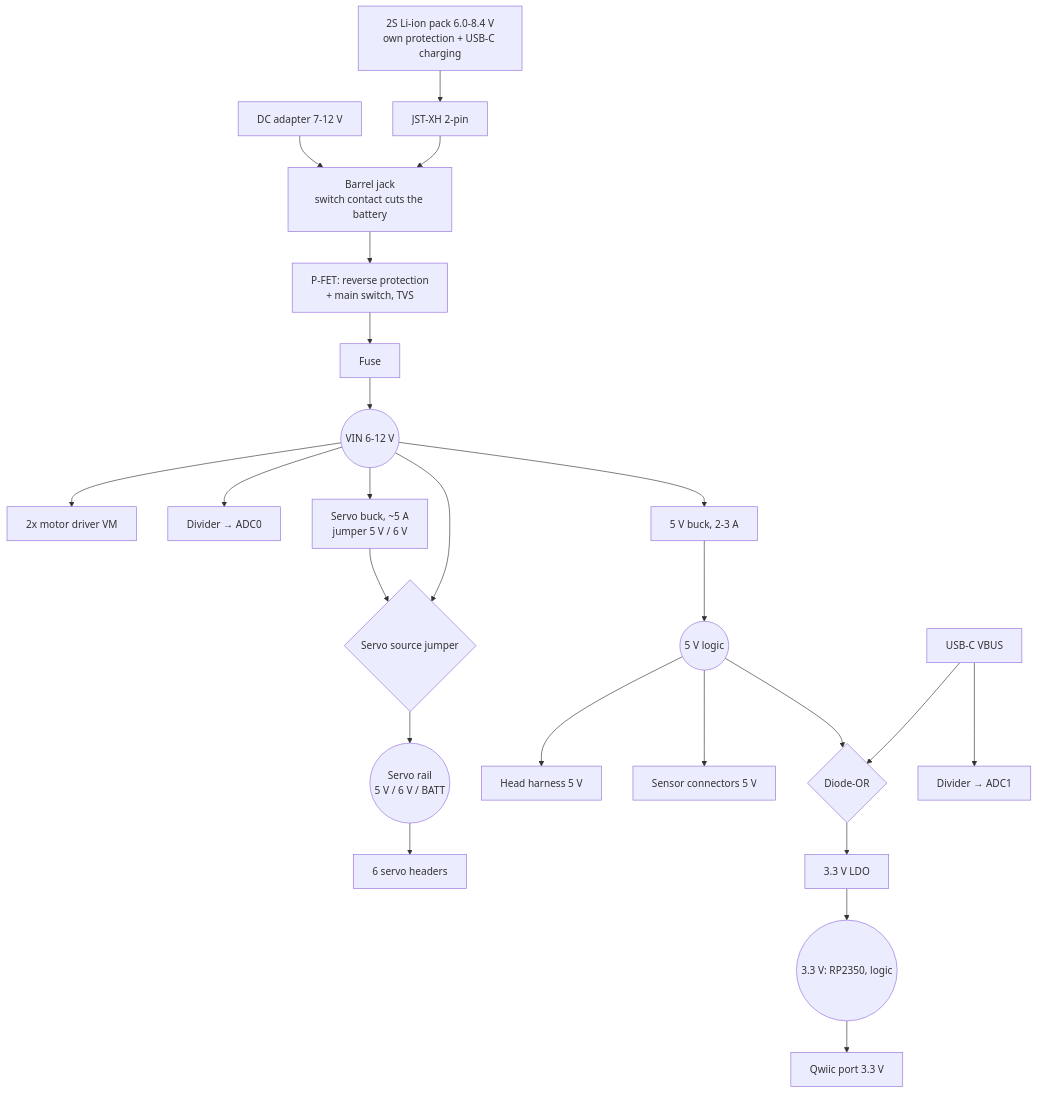
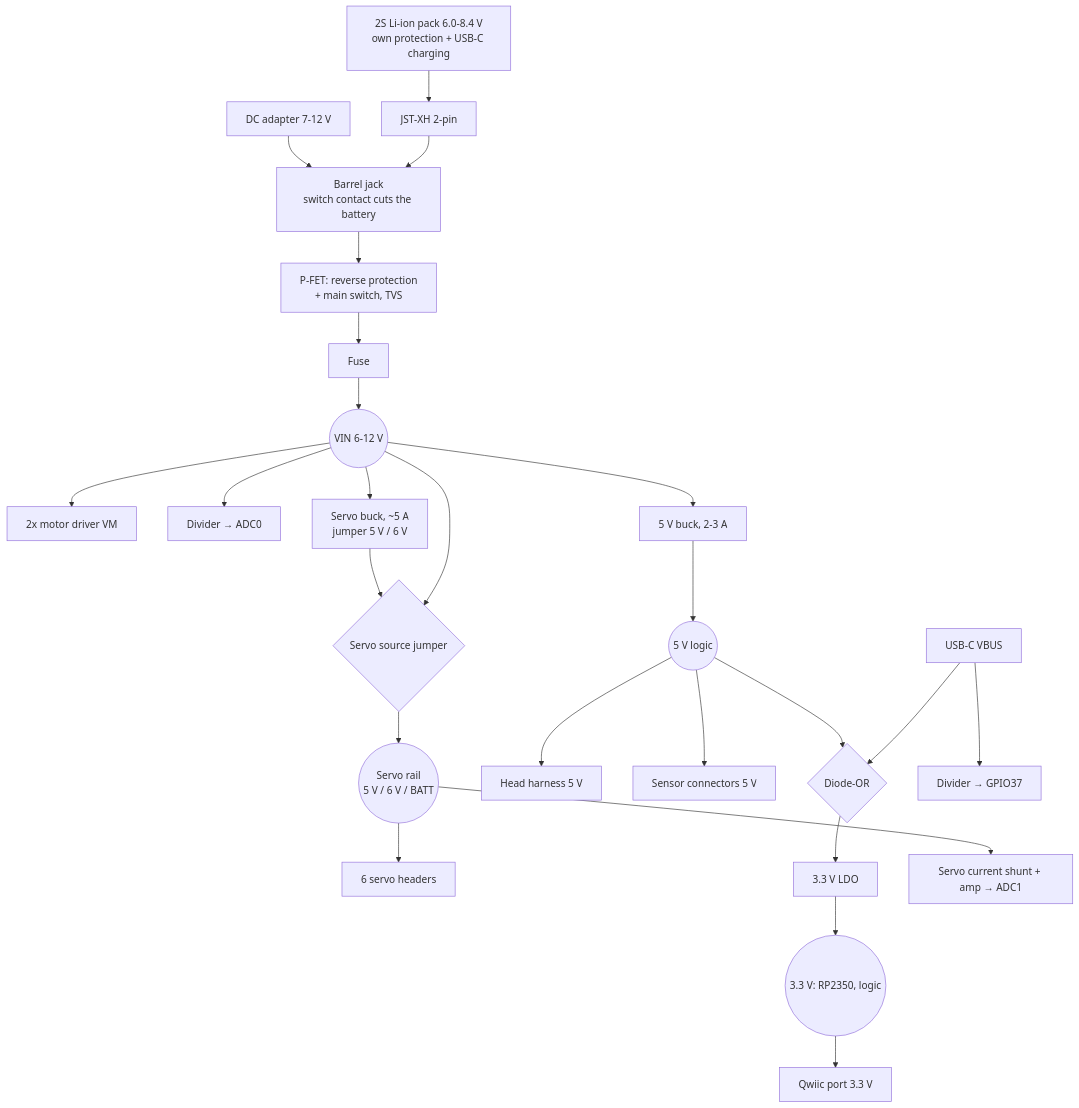
Before and after one commit to mannuray/conqueror: the second of 2 diagrams in docs/superpowers/specs/2026-10-14-06-base-board-design.md, drawn with Mermaid. The commit also changed other lines of this file and 1 other file, not shown here.

Commit message:
docs: spec 06 Rev 1 - the base board made arm-ready: servo feedback on every servo header, servo current sense (design-notes §159)

````diff
--- a/docs/superpowers/specs/2026-10-14-06-base-board-design.md
+++ b/docs/superpowers/specs/2026-10-14-06-base-board-design.md
@@ -124,26 +126,27 @@
 ```mermaid
 flowchart TB
   PACK[2S Li-ion pack 6.0-8.4 V<br/>own protection + USB-C charging] --> CON[JST-XH 2-pin]
   ADP[DC adapter 7-12 V] --> JACK[Barrel jack<br/>switch contact cuts the battery]
   CON --> JACK
   JACK --> RP[P-FET: reverse protection<br/>+ main switch, TVS]
   RP --> FUSE[Fuse]
   FUSE --> VIN((VIN 6-12 V))
   VIN --> MD[2x motor driver VM]
   VIN --> DIV[Divider → ADC0]
   VIN --> BUCK5[5 V buck, 2-3 A]
   VIN --> SBUCK[Servo buck, ~5 A<br/>jumper 5 V / 6 V]
   BUCK5 --> V5L((5 V logic))
   SBUCK --> SJ{Servo source jumper}
   VIN --> SJ
   SJ --> V5S((Servo rail<br/>5 V / 6 V / BATT))
   V5L --> HEADV[Head harness 5 V]
   V5L --> SENS5[Sensor connectors 5 V]
   V5S --> SERVOS[6 servo headers]
   V5L --> OR{Diode-OR}
   USB[USB-C VBUS] --> OR
   OR --> LDO[3.3 V LDO]
   LDO --> V33((3.3 V: RP2350, logic))
   V33 --> QW[Qwiic port 3.3 V]
-  USB --> VDIV[Divider → ADC1]
+  USB --> VDIV[Divider → GPIO37]
+  V5S --> SHUNT[Servo current shunt + amp → ADC1]
 ```
````
